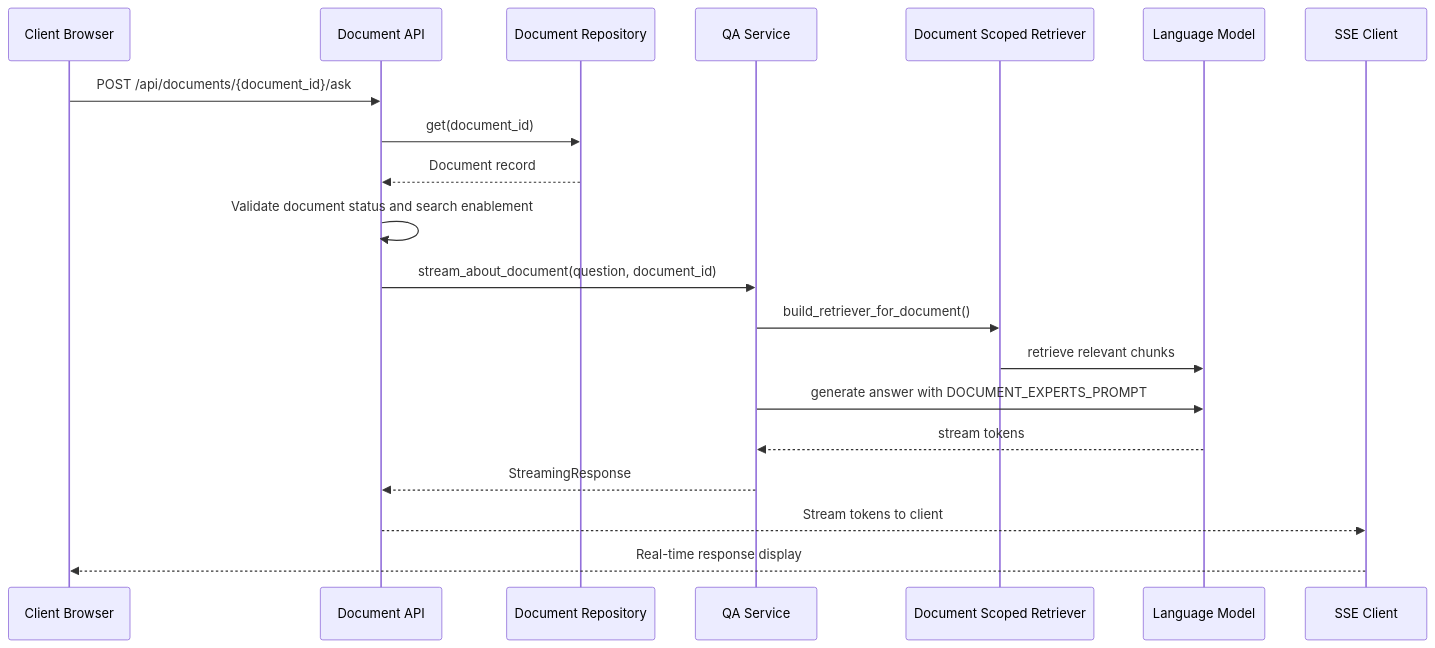
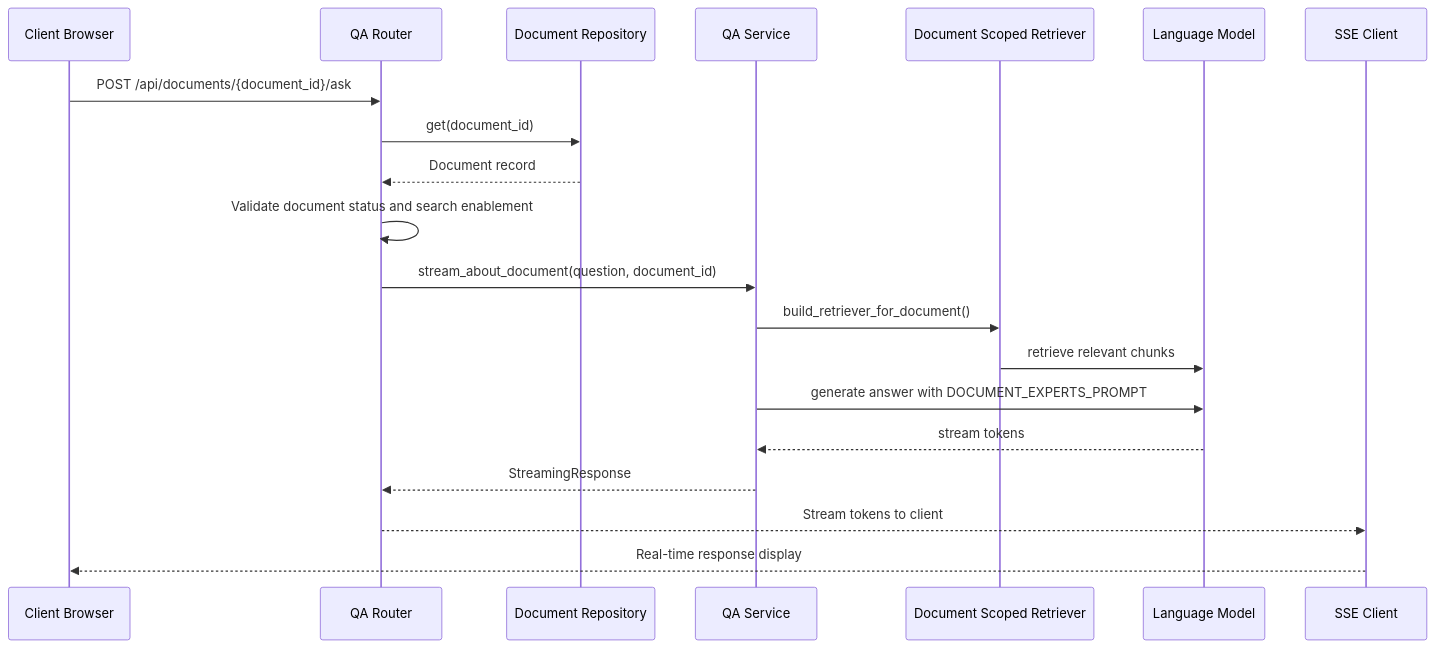
Before and after one commit to ognelis/cafetera_hr_bot: diagram 17 of 26 in .qoder/repowiki/en/content/Document Management System.md, drawn with Mermaid. The commit also changed other lines of this file and 12 other files, not shown here.

````diff
--- a/.qoder/repowiki/en/content/Document Management System.md
+++ b/.qoder/repowiki/en/content/Document Management System.md
@@ -1790,22 +1863,22 @@
 ```mermaid
 sequenceDiagram
 participant Client as Client Browser
-participant API as Document API
+participant QARouter as QA Router
 participant Repo as Document Repository
 participant QAService as QA Service
 participant DocScopedRetriever as Document Scoped Retriever
 participant LLM as Language Model
 participant SSEClient as SSE Client
-Client->>API : POST /api/documents/{document_id}/ask
-API->>Repo : get(document_id)
-Repo-->>API : Document record
-API->>API : Validate document status and search enablement
-API->>QAService : stream_about_document(question, document_id)
+Client->>QARouter : POST /api/documents/{document_id}/ask
+QARouter->>Repo : get(document_id)
+Repo-->>QARouter : Document record
+QARouter->>QARouter : Validate document status and search enablement
+QARouter->>QAService : stream_about_document(question, document_id)
 QAService->>DocScopedRetriever : build_retriever_for_document()
 DocScopedRetriever->>LLM : retrieve relevant chunks
 QAService->>LLM : generate answer with DOCUMENT_EXPERTS_PROMPT
 LLM-->>QAService : stream tokens
-QAService-->>API : StreamingResponse
-API-->>SSEClient : Stream tokens to client
+QAService-->>QARouter : StreamingResponse
+QARouter-->>SSEClient : Stream tokens to client
 SSEClient-->>Client : Real-time response display
 ```
````
